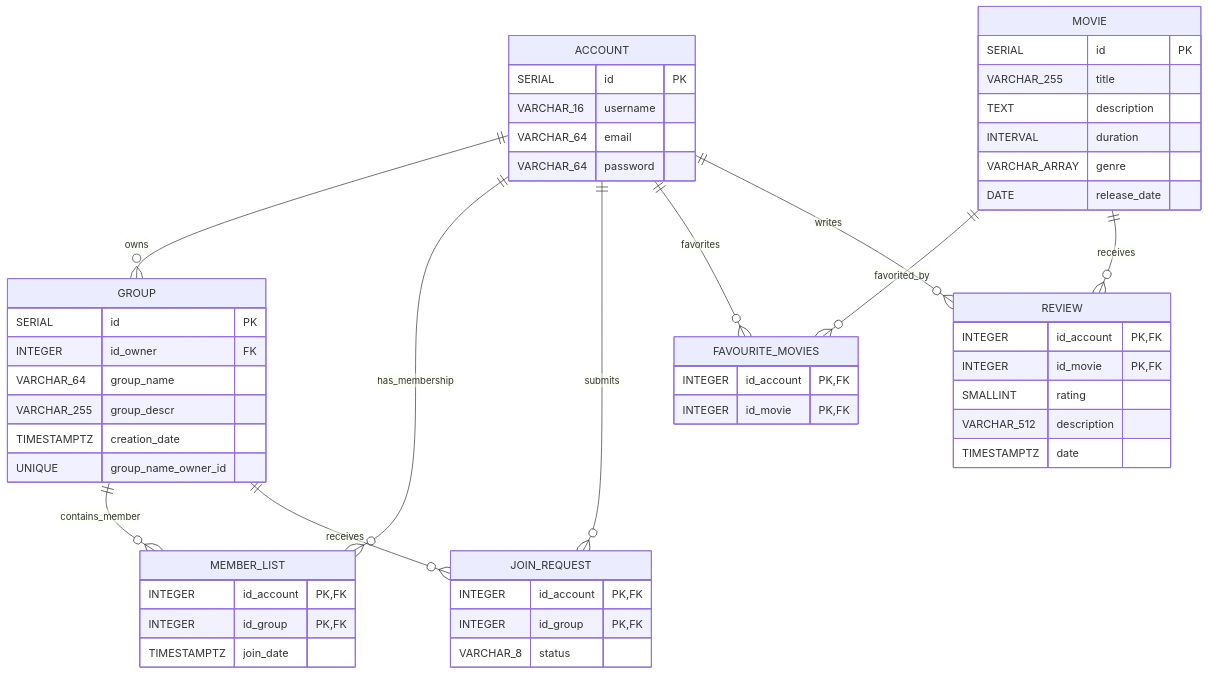
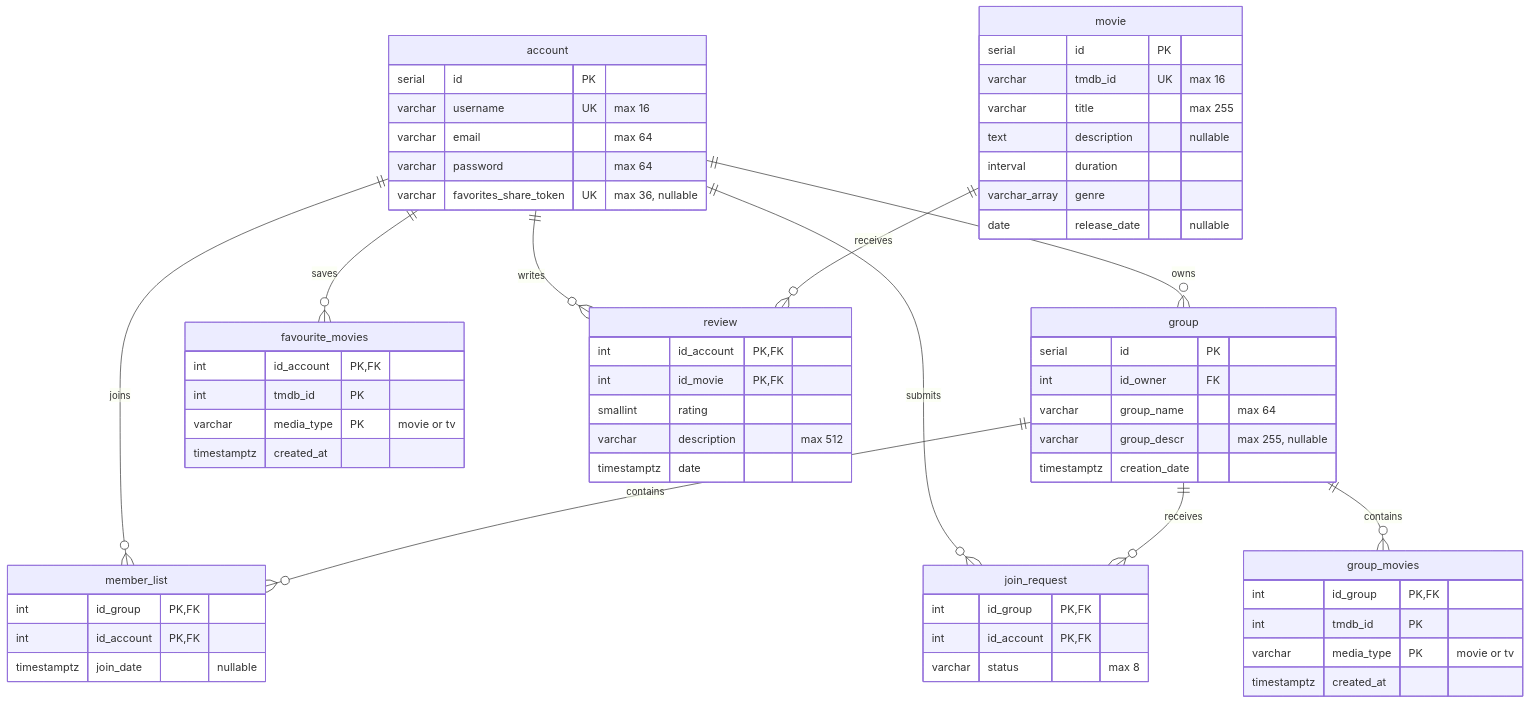
One commit to 25KMO-WebProject/TheRedCarpet changed the first of 2 diagrams in README.md. Above: the diagram before and after it, drawn with Mermaid. The commit also changed other lines of this file, not shown here.

Commit message:
Updated ERD to README.md

````diff
--- a/README.md
+++ b/README.md
@@ -32,74 +31,77 @@
 ```mermaid
 erDiagram
 
-    ACCOUNT {
-        SERIAL id PK
-        VARCHAR_16 username
-        VARCHAR_64 email
-        VARCHAR_64 password
+    account {
+        serial id PK
+        varchar username UK "max 16"
+        varchar email "max 64"
+        varchar password "max 64"
+        varchar favorites_share_token UK "max 36, nullable"
     }
 
-    GROUP {
-        SERIAL id PK
-        INTEGER id_owner FK
-        VARCHAR_64 group_name
-        VARCHAR_255 group_descr
-        TIMESTAMPTZ creation_date
-
-        UNIQUE group_name_owner_id
+    group {
+        serial id PK
+        int id_owner FK
+        varchar group_name "max 64"
+        varchar group_descr "max 255, nullable"
+        timestamptz creation_date
     }
 
-    MEMBER_LIST {
-        INTEGER id_account PK,FK
-        INTEGER id_group PK,FK
-        TIMESTAMPTZ join_date
+    member_list {
+        int id_group PK, FK
+        int id_account PK, FK
+        timestamptz join_date "nullable"
     }
 
-    JOIN_REQUEST {
-        INTEGER id_account PK,FK
-        INTEGER id_group PK,FK
-        VARCHAR_8 status
+    join_request {
+        int id_group PK, FK
+        int id_account PK, FK
+        varchar status "max 8"
     }
 
-    MOVIE {
-        SERIAL id PK
-        VARCHAR_255 title
-        TEXT description
-        INTERVAL duration
-        VARCHAR_ARRAY genre
-        DATE release_date
+    group_movies {
+        int id_group PK, FK
+        int tmdb_id PK
+        varchar media_type PK "movie or tv"
+        timestamptz created_at
     }
 
-    FAVOURITE_MOVIES {
-        INTEGER id_account PK,FK
-        INTEGER id_movie PK,FK
+    favourite_movies {
+        int id_account PK, FK
+        int tmdb_id PK
+        varchar media_type PK "movie or tv"
+        timestamptz created_at
     }
 
-    REVIEW {
-        INTEGER id_account PK,FK
-        INTEGER id_movie PK,FK
-        SMALLINT rating
-        VARCHAR_512 description
-        TIMESTAMPTZ date
+    movie {
+        serial id PK
+        varchar tmdb_id UK "max 16"
+        varchar title "max 255"
+        text description "nullable"
+        interval duration
+        varchar_array genre
+        date release_date "nullable"
     }
 
+    review {
+        int id_account PK, FK
+        int id_movie PK, FK
+        smallint rating
+        varchar description "max 512"
+        timestamptz date
+    }
 
-    %% Group ownership
-    ACCOUNT ||--o{ GROUP : owns
+    account ||--o{ group : owns
+    account ||--o{ member_list : joins
+    group ||--o{ member_list : contains
 
-    %% Memberships
-    ACCOUNT ||--o{ MEMBER_LIST : has_membership
-    GROUP ||--o{ MEMBER_LIST : contains_member
+    account ||--o{ join_request : submits
+    group ||--o{ join_request : receives
 
-    %% Join requests
-    ACCOUNT ||--o{ JOIN_REQUEST : submits
-    GROUP ||--o{ JOIN_REQUEST : receives
+    group ||--o{ group_movies : contains
+    account ||--o{ favourite_movies : saves
 
-    %% Favourite movies
-    ACCOUNT ||--o{ FAVOURITE_MOVIES : favorites
-    MOVIE ||--o{ FAVOURITE_MOVIES : favorited_by
+    account ||--o{ review : writes
+    movie ||--o{ review : receives
 
-    %% Reviews
-    ACCOUNT ||--o{ REVIEW : writes
-    MOVIE ||--o{ REVIEW : receives
 ```
````
